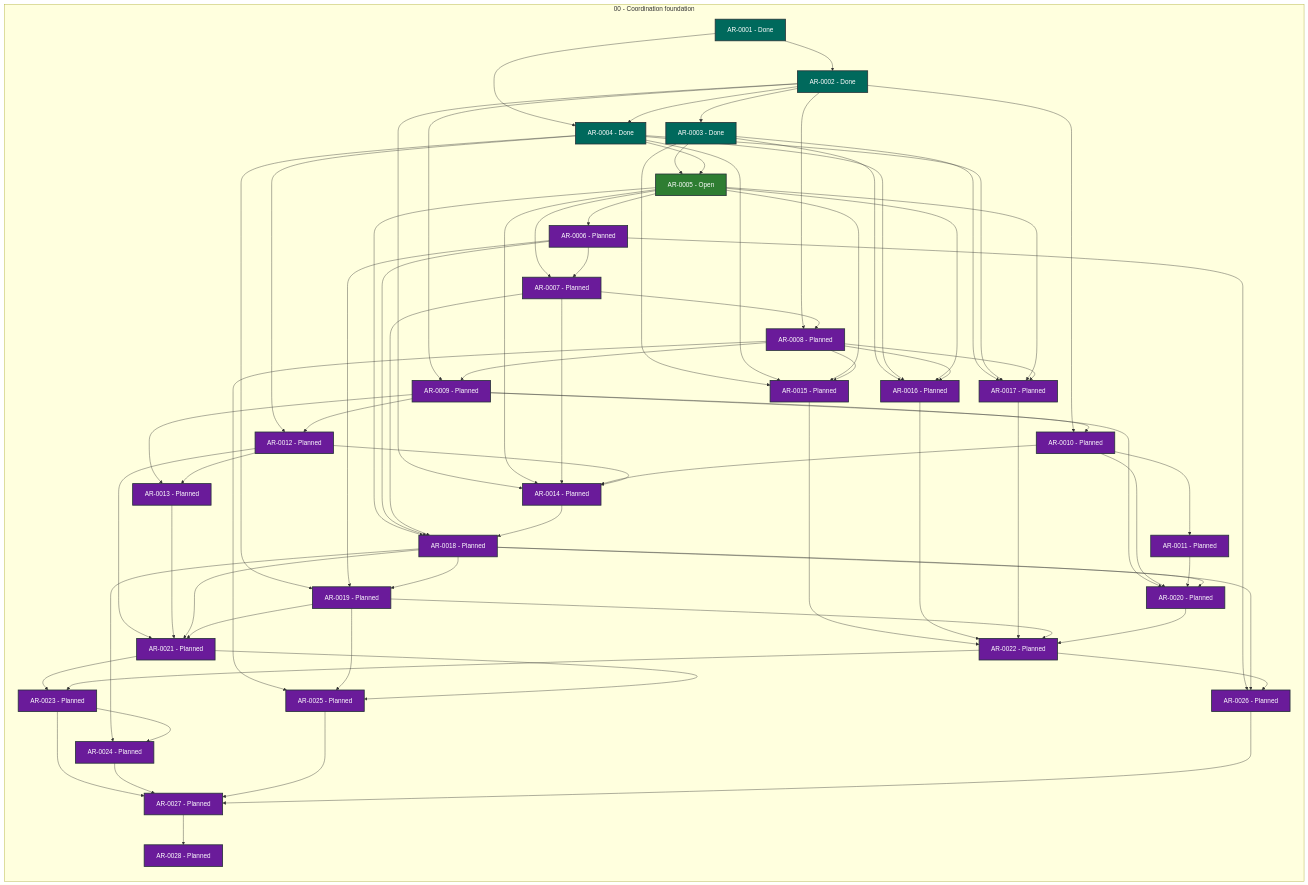
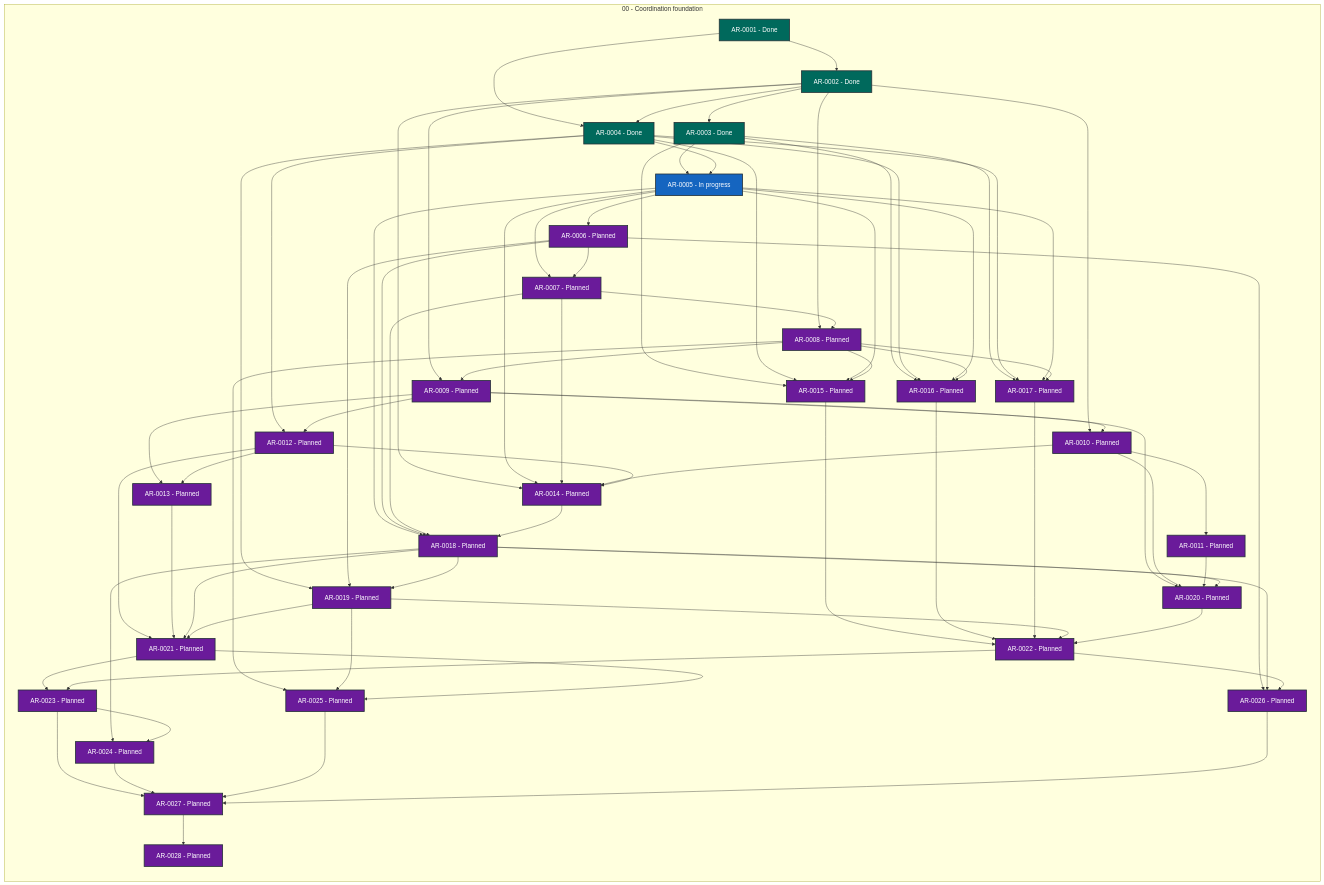
Before and after one commit to martin-beck/agent-workflow-runtime-state: the diagram in STATUS.md, drawn with Mermaid. The commit also changed other lines of this file and 2 other files, not shown here.

```diff
--- a/STATUS.md
+++ b/STATUS.md
@@ -32,7 +32,7 @@
         AR_0002["AR-0002 - Done"]:::status_done
         AR_0003["AR-0003 - Done"]:::status_done
         AR_0004["AR-0004 - Done"]:::status_done
-        AR_0005["AR-0005 - Open"]:::status_open
+        AR_0005["AR-0005 - In progress"]:::status_in_progress
         AR_0006["AR-0006 - Planned"]:::status_planned
         AR_0007["AR-0007 - Planned"]:::status_planned
         AR_0008["AR-0008 - Planned"]:::status_planned
```
